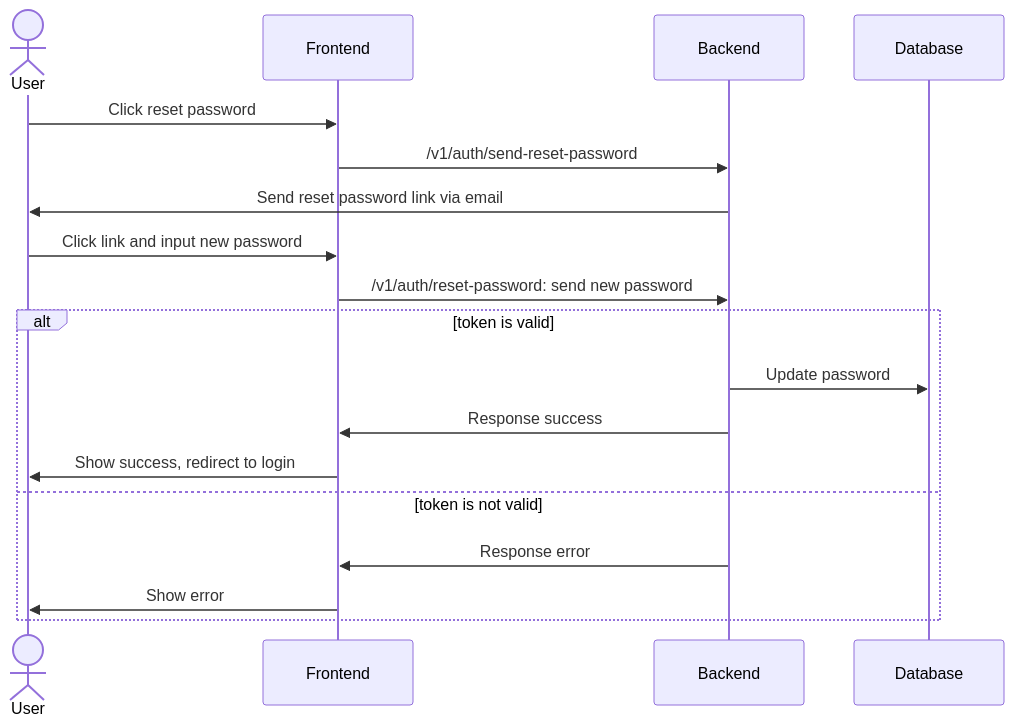
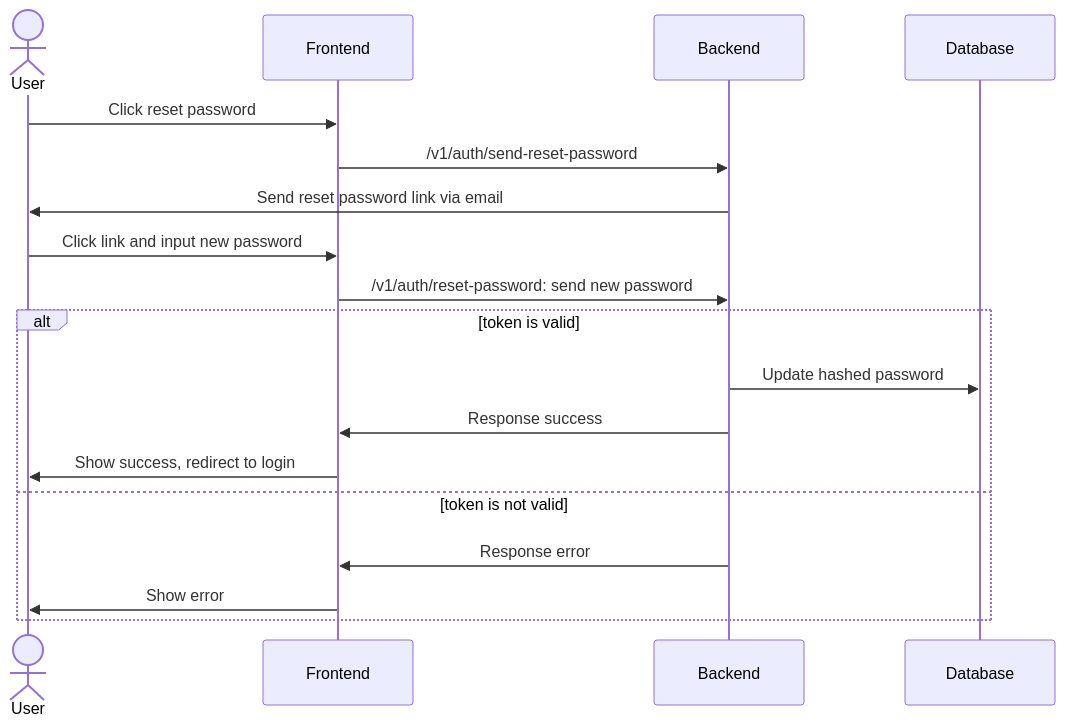
One commit to themiddnight/My-Resume-Web-API-Firebase changed the fourth of 4 diagrams in README.md. Above: the diagram before and after it, drawn with Mermaid. The commit also changed other lines of this file, not shown here.

````diff
--- a/README.md
+++ b/README.md
@@ -422,18 +425,18 @@
 ```mermaid
 sequenceDiagram
     actor User
     User->>Frontend: Click reset password
     Frontend->>Backend: /v1/auth/send-reset-password
     participant Database
     Backend->>User: Send reset password link via email
     User->>Frontend: Click link and input new password
     Frontend->>Backend: /v1/auth/reset-password: send new password
     alt token is valid
-        Backend->>Database: Update password
+        Backend->>Database: Update hashed password
         Backend->>Frontend: Response success
         Frontend->>User: Show success, redirect to login
     else token is not valid
         Backend->>Frontend: Response error
         Frontend->>User: Show error
     end
 ```
````
